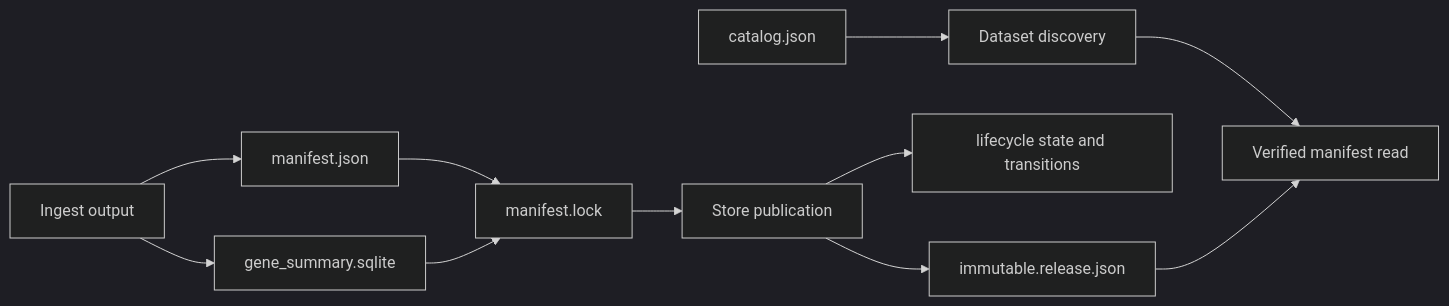
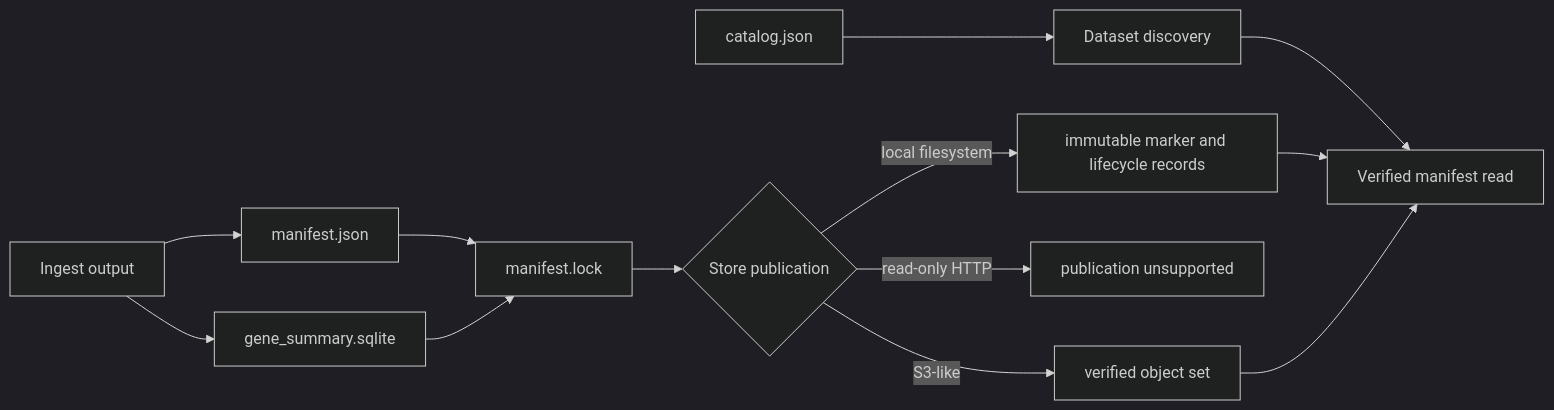
Before and after one commit to bijux/bijux-atlas: the first of 2 diagrams in docs/bijux-atlas/contracts/artifact-and-store-contracts.md, drawn with Mermaid (dark theme). The commit also changed other lines of this file and 2 other files, not shown here.

Commit message:
docs(contracts): scope publication and operational evidence

````diff
--- a/docs/bijux-atlas/contracts/artifact-and-store-contracts.md
+++ b/docs/bijux-atlas/contracts/artifact-and-store-contracts.md
@@ -16,13 +19,15 @@
 ```mermaid
 flowchart LR
     Ingest[Ingest output] --> Manifest[manifest.json]
     Ingest --> SQLite[gene_summary.sqlite]
     Manifest --> Lock[manifest.lock]
     SQLite --> Lock
-    Lock --> Publish[Store publication]
-    Publish --> Marker[immutable.release.json]
-    Publish --> Lifecycle[lifecycle state and transitions]
+    Lock --> Publish{Store publication}
+    Publish -->|local filesystem| Marker[immutable marker and lifecycle records]
+    Publish -->|S3-like| Objects[verified object set]
+    Publish -->|read-only HTTP| Unsupported[publication unsupported]
     Catalog[catalog.json] --> Discover[Dataset discovery]
     Discover --> Read[Verified manifest read]
     Marker --> Read
+    Objects --> Read
 ```
````
